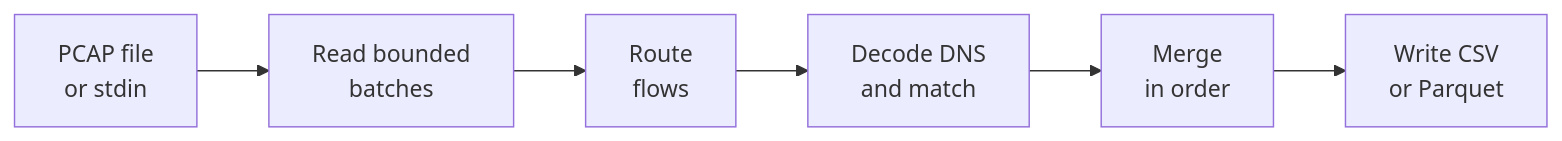
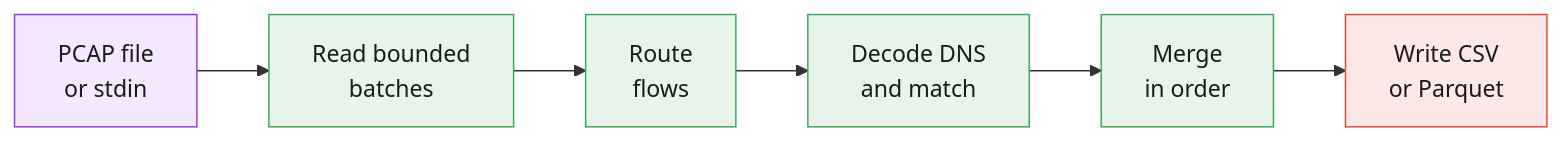
One commit to dnstelecom/dpp changed the first of 5 diagrams in docs/architecture.md. Above: the diagram before and after it, drawn with Mermaid. The commit also changed other lines of this file and 18 other files, not shown here.

````diff
--- a/docs/architecture.md
+++ b/docs/architecture.md
@@ -38,8 +38,12 @@
 ```mermaid
 flowchart LR
-    Input["PCAP file<br/>or stdin"] --> Read["Read bounded<br/>batches"]
-    Read --> Route["Route<br/>flows"]
-    Route --> Workers["Decode DNS<br/>and match"]
-    Workers --> Aggregate["Merge<br/>in order"]
-    Aggregate --> Write["Write CSV<br/>or Parquet"]
+    Input["PCAP file<br/>or stdin"]:::input --> Read["Read bounded<br/>batches"]:::process
+    Read --> Route["Route<br/>flows"]:::process
+    Route --> Workers["Decode DNS<br/>and match"]:::process
+    Workers --> Aggregate["Merge<br/>in order"]:::process
+    Aggregate --> Write["Write CSV<br/>or Parquet"]:::output
+
+    classDef input fill:#f3e8fd,stroke:#9334e6,color:#1a1a1a
+    classDef process fill:#e6f4ea,stroke:#34a853,color:#1a1a1a
+    classDef output fill:#fce8e6,stroke:#ea4335,color:#1a1a1a
 ```
````
